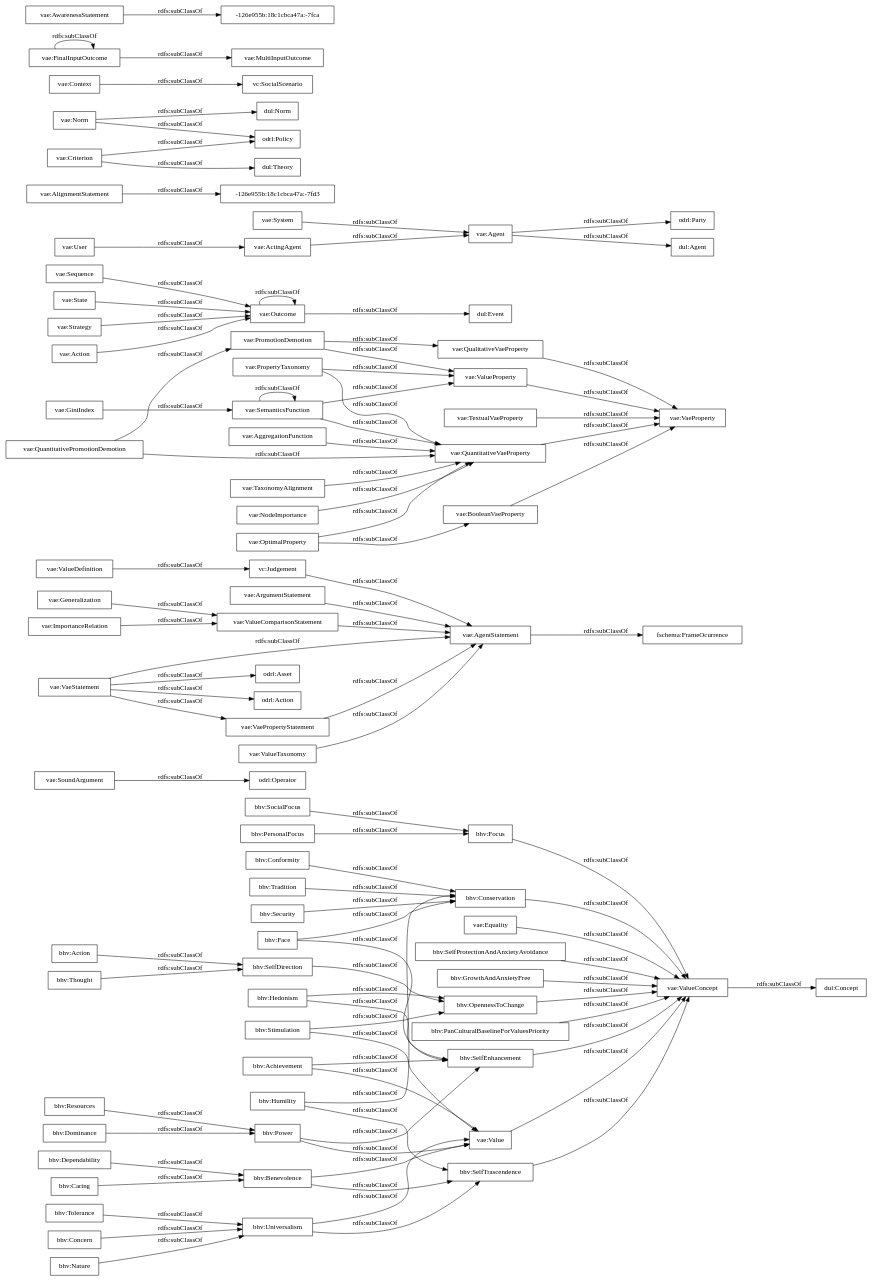
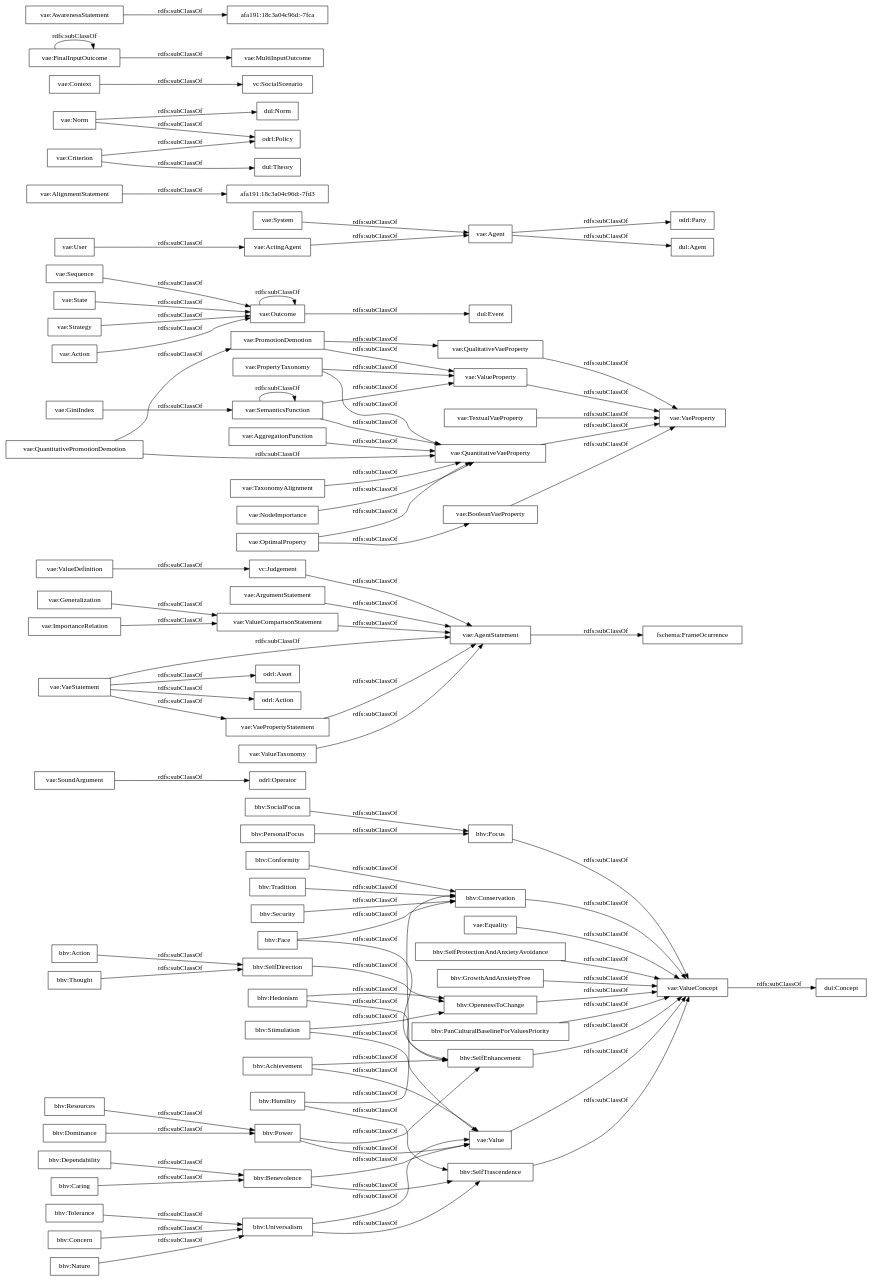
One commit to andresh26-uam/vae-ontology changed the diagram in OnToology/vaeontology-v000.rdf/diagrams/ar2dtool-taxonomy/vaeontology-v000.rdf.png.dot. Above: the diagram before and after it, drawn with Graphviz. The commit also changed 39 other files, not shown here.

```diff
--- a/OnToology/vaeontology-v000.rdf/diagrams/ar2dtool-taxonomy/vaeontology-v000.rdf.png.dot
+++ b/OnToology/vaeontology-v000.rdf/diagrams/ar2dtool-taxonomy/vaeontology-v000.rdf.png.dot
@@ -1,102 +1,102 @@
 digraph ar2dtool_diagram { 
 rankdir=LR;
 size="1000"
-node [shape = rectangle, color="black"]; "bhv:Stimulation" "odrl:Operator" "vae:ValueDefinition" "vae:PropertyTaxonomy" "bhv:Tolerance" "vae:VaeProperty" "vae:QuantitativeVaeProperty" "vae:Sequence" "odrl:Party" "bhv:Tradition" "vae:Equality" "vae:AlignmentStatement" "bhv:SocialFocus" "dul:Norm" "vae:Context" "bhv:Security" "bhv:Dominance" "vae:Generalization" "vae:MultiInputOutcome" "vae:TextualVaeProperty" "vae:AwarenessStatement" "dul:Agent" "vae:AggregationFunction" "bhv:SelfDirection" "vc:SocialScenario" "vae:System" "vae:AgentStatement" "vae:Outcome" "vae:Value" "odrl:Policy" "bhv:SelfProtectionAndAnxietyAvoidance" "dul:Theory" "fschema:FrameOcurrence" "vae:Criterion" "vae:FinalInputOutcome" "-126e955b:18c1cbca47a:-7fd3" "vae:ArgumentStatement" "vae:ValueProperty" "vae:ValueComparisonStatement" "dul:Concept" "bhv:Hedonism" "vae:VaeStatement" "odrl:Asset" "bhv:Concern" "vae:State" "vae:SoundArgument" "vae:ValueConcept" "bhv:GrowthAndAnxietyFree" "-126e955b:18c1cbca47a:-7fca" "bhv:Thought" "bhv:Humility" "vae:QualitativeVaeProperty" "vae:Strategy" "bhv:Focus" "vae:ActingAgent" "bhv:Power" "bhv:Nature" "bhv:Benevolence" "bhv:Achievement" "vae:BooleanVaeProperty" "odrl:Action" "bhv:PanCulturalBaselineForValuesPriority" "vae:ImportanceRelation" "bhv:SelfTrascendence" "vae:Norm" "vae:OptimalProperty" "vae:TaxonomyAlignment" "bhv:Action" "bhv:Caring" "bhv:Resources" "bhv:Face" "vae:ValueTaxonomy" "vae:QuantitativePromotionDemotion" "vae:GiniIndex" "vae:User" "dul:Event" "bhv:Dependability" "bhv:Conformity" "vae:VaePropertyStatement" "bhv:Conservation" "vae:SemanticsFunction" "vae:Agent" "vae:PromotionDemotion" "vae:Action" "vae:NodeImportance" "bhv:Universalism" "bhv:SelfEnhancement" "vc:Judgement" "bhv:OpennessToChange" "bhv:PersonalFocus" ; /*classes style*/
+node [shape = rectangle, color="black"]; "bhv:Stimulation" "odrl:Operator" "vae:ValueDefinition" "vae:PropertyTaxonomy" "bhv:Tolerance" "vae:VaeProperty" "vae:QuantitativeVaeProperty" "vae:Sequence" "odrl:Party" "bhv:Tradition" "vae:Equality" "vae:AlignmentStatement" "bhv:SocialFocus" "dul:Norm" "vae:Context" "bhv:Dominance" "vae:Generalization" "vae:MultiInputOutcome" "vae:TextualVaeProperty" "vae:AwarenessStatement" "bhv:Security" "dul:Agent" "vae:AggregationFunction" "bhv:SelfDirection" "vc:SocialScenario" "vae:System" "vae:AgentStatement" "vae:Outcome" "vae:Value" "odrl:Policy" "dul:Theory" "bhv:SelfProtectionAndAnxietyAvoidance" "vae:Criterion" "fschema:FrameOcurrence" "vae:FinalInputOutcome" "vae:ArgumentStatement" "vae:ValueProperty" "vae:ValueComparisonStatement" "dul:Concept" "bhv:Hedonism" "afa191:18c3a04c96d:-7fd3" "vae:VaeStatement" "odrl:Asset" "bhv:Concern" "vae:State" "vae:SoundArgument" "vae:ValueConcept" "bhv:GrowthAndAnxietyFree" "bhv:Thought" "bhv:Humility" "vae:QualitativeVaeProperty" "vae:Strategy" "bhv:Focus" "vae:ActingAgent" "afa191:18c3a04c96d:-7fca" "bhv:Power" "bhv:Nature" "bhv:Benevolence" "bhv:Achievement" "vae:BooleanVaeProperty" "odrl:Action" "bhv:PanCulturalBaselineForValuesPriority" "vae:ImportanceRelation" "bhv:SelfTrascendence" "vae:Norm" "vae:OptimalProperty" "vae:TaxonomyAlignment" "bhv:Action" "bhv:Caring" "bhv:Resources" "bhv:Face" "vae:ValueTaxonomy" "vae:QuantitativePromotionDemotion" "vae:GiniIndex" "vae:User" "dul:Event" "bhv:Dependability" "bhv:Conformity" "vae:VaePropertyStatement" "bhv:Conservation" "vae:SemanticsFunction" "vae:Agent" "vae:PromotionDemotion" "vae:Action" "vae:NodeImportance" "bhv:Universalism" "vc:Judgement" "bhv:SelfEnhancement" "bhv:OpennessToChange" "bhv:PersonalFocus" ; /*classes style*/
 	"vae:GiniIndex" -> "vae:SemanticsFunction" [ label = "rdfs:subClassOf" ];
 	"vae:Strategy" -> "vae:Outcome" [ label = "rdfs:subClassOf" ];
 	"bhv:Face" -> "bhv:SelfEnhancement" [ label = "rdfs:subClassOf" ];
 	"bhv:Face" -> "bhv:Conservation" [ label = "rdfs:subClassOf" ];
 	"bhv:Universalism" -> "bhv:SelfTrascendence" [ label = "rdfs:subClassOf" ];
 	"bhv:Universalism" -> "vae:Value" [ label = "rdfs:subClassOf" ];
 	"bhv:Power" -> "bhv:SelfEnhancement" [ label = "rdfs:subClassOf" ];
 	"bhv:Power" -> "vae:Value" [ label = "rdfs:subClassOf" ];
 	"vae:Outcome" -> "vae:Outcome" [ label = "rdfs:subClassOf" ];
 	"vae:Outcome" -> "dul:Event" [ label = "rdfs:subClassOf" ];
 	"vae:ValueComparisonStatement" -> "vae:AgentStatement" [ label = "rdfs:subClassOf" ];
 	"vae:Sequence" -> "vae:Outcome" [ label = "rdfs:subClassOf" ];
 	"vae:Generalization" -> "vae:ValueComparisonStatement" [ label = "rdfs:subClassOf" ];
 	"vae:OptimalProperty" -> "vae:QuantitativeVaeProperty" [ label = "rdfs:subClassOf" ];
 	"vae:OptimalProperty" -> "vae:BooleanVaeProperty" [ label = "rdfs:subClassOf" ];
 	"vae:SemanticsFunction" -> "vae:ValueProperty" [ label = "rdfs:subClassOf" ];
 	"vae:SemanticsFunction" -> "vae:SemanticsFunction" [ label = "rdfs:subClassOf" ];
 	"vae:SemanticsFunction" -> "vae:QuantitativeVaeProperty" [ label = "rdfs:subClassOf" ];
 	"bhv:OpennessToChange" -> "vae:ValueConcept" [ label = "rdfs:subClassOf" ];
 	"vae:AgentStatement" -> "fschema:FrameOcurrence" [ label = "rdfs:subClassOf" ];
 	"vae:BooleanVaeProperty" -> "vae:VaeProperty" [ label = "rdfs:subClassOf" ];
 	"vae:Norm" -> "odrl:Policy" [ label = "rdfs:subClassOf" ];
 	"vae:Norm" -> "dul:Norm" [ label = "rdfs:subClassOf" ];
 	"bhv:Tolerance" -> "bhv:Universalism" [ label = "rdfs:subClassOf" ];
 	"bhv:Tradition" -> "bhv:Conservation" [ label = "rdfs:subClassOf" ];
 	"vae:ValueTaxonomy" -> "vae:AgentStatement" [ label = "rdfs:subClassOf" ];
 	"bhv:Nature" -> "bhv:Universalism" [ label = "rdfs:subClassOf" ];
 	"bhv:SelfTrascendence" -> "vae:ValueConcept" [ label = "rdfs:subClassOf" ];
 	"vae:VaeStatement" -> "vae:VaePropertyStatement" [ label = "rdfs:subClassOf" ];
 	"vae:VaeStatement" -> "vae:AgentStatement" [ label = "rdfs:subClassOf" ];
 	"vae:VaeStatement" -> "odrl:Asset" [ label = "rdfs:subClassOf" ];
 	"vae:VaeStatement" -> "odrl:Action" [ label = "rdfs:subClassOf" ];
 	"bhv:Resources" -> "bhv:Power" [ label = "rdfs:subClassOf" ];
 	"bhv:SocialFocus" -> "bhv:Focus" [ label = "rdfs:subClassOf" ];
 	"vae:Context" -> "vc:SocialScenario" [ label = "rdfs:subClassOf" ];
 	"bhv:Focus" -> "vae:ValueConcept" [ label = "rdfs:subClassOf" ];
 	"vae:Equality" -> "vae:ValueConcept" [ label = "rdfs:subClassOf" ];
 	"bhv:SelfEnhancement" -> "vae:ValueConcept" [ label = "rdfs:subClassOf" ];
 	"bhv:Benevolence" -> "bhv:SelfTrascendence" [ label = "rdfs:subClassOf" ];
 	"bhv:Benevolence" -> "vae:Value" [ label = "rdfs:subClassOf" ];
 	"bhv:Caring" -> "bhv:Benevolence" [ label = "rdfs:subClassOf" ];
 	"bhv:Concern" -> "bhv:Universalism" [ label = "rdfs:subClassOf" ];
 	"vae:Criterion" -> "odrl:Policy" [ label = "rdfs:subClassOf" ];
 	"vae:Criterion" -> "dul:Theory" [ label = "rdfs:subClassOf" ];
 	"vae:PromotionDemotion" -> "vae:ValueProperty" [ label = "rdfs:subClassOf" ];
 	"vae:PromotionDemotion" -> "vae:QualitativeVaeProperty" [ label = "rdfs:subClassOf" ];
 	"bhv:Achievement" -> "bhv:SelfEnhancement" [ label = "rdfs:subClassOf" ];
 	"bhv:Achievement" -> "vae:Value" [ label = "rdfs:subClassOf" ];
 	"bhv:GrowthAndAnxietyFree" -> "vae:ValueConcept" [ label = "rdfs:subClassOf" ];
 	"vae:System" -> "vae:Agent" [ label = "rdfs:subClassOf" ];
 	"vae:ArgumentStatement" -> "vae:AgentStatement" [ label = "rdfs:subClassOf" ];
 	"vae:ValueProperty" -> "vae:VaeProperty" [ label = "rdfs:subClassOf" ];
 	"bhv:Action" -> "bhv:SelfDirection" [ label = "rdfs:subClassOf" ];
 	"vae:NodeImportance" -> "vae:QuantitativeVaeProperty" [ label = "rdfs:subClassOf" ];
 	"vae:PropertyTaxonomy" -> "vae:ValueProperty" [ label = "rdfs:subClassOf" ];
 	"vae:PropertyTaxonomy" -> "vae:QuantitativeVaeProperty" [ label = "rdfs:subClassOf" ];
 	"vae:State" -> "vae:Outcome" [ label = "rdfs:subClassOf" ];
 	"bhv:Conservation" -> "vae:ValueConcept" [ label = "rdfs:subClassOf" ];
 	"vae:VaePropertyStatement" -> "vae:AgentStatement" [ label = "rdfs:subClassOf" ];
 	"vae:User" -> "vae:ActingAgent" [ label = "rdfs:subClassOf" ];
 	"vae:SoundArgument" -> "odrl:Operator" [ label = "rdfs:subClassOf" ];
 	"bhv:Security" -> "bhv:Conservation" [ label = "rdfs:subClassOf" ];
 	"bhv:Conformity" -> "bhv:Conservation" [ label = "rdfs:subClassOf" ];
 	"vc:Judgement" -> "vae:AgentStatement" [ label = "rdfs:subClassOf" ];
 	"bhv:Thought" -> "bhv:SelfDirection" [ label = "rdfs:subClassOf" ];
 	"vae:FinalInputOutcome" -> "vae:MultiInputOutcome" [ label = "rdfs:subClassOf" ];
 	"vae:FinalInputOutcome" -> "vae:FinalInputOutcome" [ label = "rdfs:subClassOf" ];
 	"bhv:SelfProtectionAndAnxietyAvoidance" -> "vae:ValueConcept" [ label = "rdfs:subClassOf" ];
 	"vae:ValueDefinition" -> "vc:Judgement" [ label = "rdfs:subClassOf" ];
 	"vae:TaxonomyAlignment" -> "vae:QuantitativeVaeProperty" [ label = "rdfs:subClassOf" ];
 	"bhv:Stimulation" -> "bhv:OpennessToChange" [ label = "rdfs:subClassOf" ];
 	"bhv:Stimulation" -> "vae:Value" [ label = "rdfs:subClassOf" ];
 	"vae:TextualVaeProperty" -> "vae:VaeProperty" [ label = "rdfs:subClassOf" ];
 	"vae:Action" -> "vae:Outcome" [ label = "rdfs:subClassOf" ];
 	"vae:AggregationFunction" -> "vae:QuantitativeVaeProperty" [ label = "rdfs:subClassOf" ];
-	"vae:AwarenessStatement" -> "-126e955b:18c1cbca47a:-7fca" [ label = "rdfs:subClassOf" ];
+	"vae:AwarenessStatement" -> "afa191:18c3a04c96d:-7fca" [ label = "rdfs:subClassOf" ];
 	"bhv:Dominance" -> "bhv:Power" [ label = "rdfs:subClassOf" ];
 	"vae:QualitativeVaeProperty" -> "vae:VaeProperty" [ label = "rdfs:subClassOf" ];
 	"vae:Agent" -> "odrl:Party" [ label = "rdfs:subClassOf" ];
 	"vae:Agent" -> "dul:Agent" [ label = "rdfs:subClassOf" ];
 	"bhv:PanCulturalBaselineForValuesPriority" -> "vae:ValueConcept" [ label = "rdfs:subClassOf" ];
 	"vae:Value" -> "vae:ValueConcept" [ label = "rdfs:subClassOf" ];
 	"vae:QuantitativeVaeProperty" -> "vae:VaeProperty" [ label = "rdfs:subClassOf" ];
 	"vae:QuantitativePromotionDemotion" -> "vae:QuantitativeVaeProperty" [ label = "rdfs:subClassOf" ];
 	"vae:QuantitativePromotionDemotion" -> "vae:PromotionDemotion" [ label = "rdfs:subClassOf" ];
 	"bhv:Dependability" -> "bhv:Benevolence" [ label = "rdfs:subClassOf" ];
 	"vae:ImportanceRelation" -> "vae:ValueComparisonStatement" [ label = "rdfs:subClassOf" ];
 	"vae:ValueConcept" -> "dul:Concept" [ label = "rdfs:subClassOf" ];
 	"bhv:Hedonism" -> "bhv:SelfEnhancement" [ label = "rdfs:subClassOf" ];
 	"bhv:Hedonism" -> "bhv:OpennessToChange" [ label = "rdfs:subClassOf" ];
 	"bhv:PersonalFocus" -> "bhv:Focus" [ label = "rdfs:subClassOf" ];
 	"bhv:SelfDirection" -> "bhv:OpennessToChange" [ label = "rdfs:subClassOf" ];
-	"vae:AlignmentStatement" -> "-126e955b:18c1cbca47a:-7fd3" [ label = "rdfs:subClassOf" ];
+	"vae:AlignmentStatement" -> "afa191:18c3a04c96d:-7fd3" [ label = "rdfs:subClassOf" ];
 	"vae:ActingAgent" -> "vae:Agent" [ label = "rdfs:subClassOf" ];
 	"bhv:Humility" -> "bhv:SelfTrascendence" [ label = "rdfs:subClassOf" ];
 	"bhv:Humility" -> "bhv:Conservation" [ label = "rdfs:subClassOf" ];
 
 }
```
